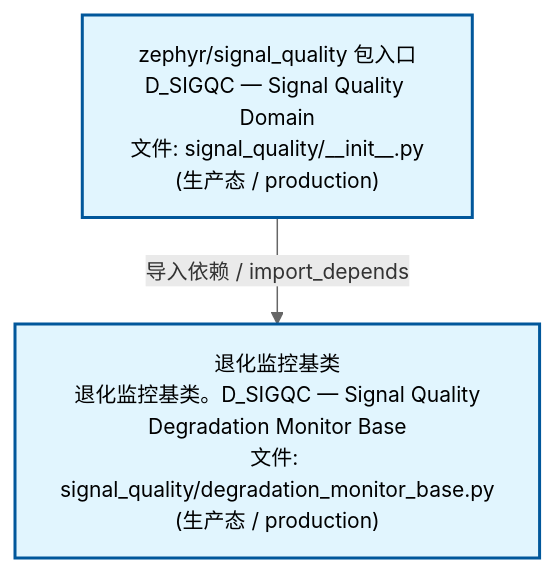
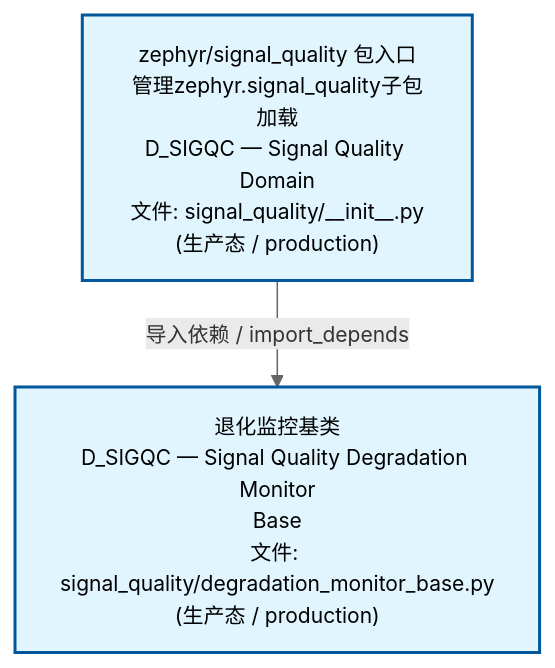
One commit to xuanFelixVan/ZephyrAlpha changed the second of 3 diagrams in docs/02_enterprise_architecture/02_domain_architecture_docs/69_d_sigqc.md. Above: the diagram before and after it, drawn with Mermaid. The commit also changed other lines of this file and 61 other files, not shown here.

````diff
--- a/docs/02_enterprise_architecture/02_domain_architecture_docs/69_d_sigqc.md
+++ b/docs/02_enterprise_architecture/02_domain_architecture_docs/69_d_sigqc.md
@@ -75,12 +75,12 @@
 ```mermaid
 %%{init: {'theme': 'base', 'themeVariables': {'primaryColor': '#eaeaea', 'primaryTextColor': '#333333', 'primaryBorderColor': '#666666', 'lineColor': '#666666', 'secondaryColor': '#eaeaea', 'tertiaryColor': '#eaeaea', 'fontSize': '14px'}}}%%
 flowchart TD
-    src_zephyr_signal_quality_init_py["zephyr/signal_quality 包入口<br/>D_SIGQC — Signal Quality Domain<br/>文件: signal_quality/__init__.py<br/>(生产态 / production)"]
-    src_zephyr_signal_quality_degradation_monitor_base_py["退化监控基类<br/>退化监控基类。D_SIGQC — Signal Quality<br/>Degradation Monitor Base<br/>文件: signal_quality/degradation_monitor_base.py<br/>(生产态 / production)"]
+    src_zephyr_signal_quality_init_py["zephyr/signal_quality 包入口<br/>管理zephyr.signal_quality子包加载<br/>D_SIGQC — Signal Quality Domain<br/>文件: signal_quality/__init__.py<br/>(生产态 / production)"]
+    src_zephyr_signal_quality_degradation_monitor_base_py["退化监控基类<br/>D_SIGQC — Signal Quality Degradation Monitor<br/>Base<br/>文件: signal_quality/degradation_monitor_base.py<br/>(生产态 / production)"]
     src_zephyr_signal_quality_init_py -->|导入依赖 / import_depends| src_zephyr_signal_quality_degradation_monitor_base_py
     classDef production fill:#e1f5fe,stroke:#01579b,stroke-width:2px,color:#000
     classDef design fill:#fff3e0,stroke:#e65100,stroke-width:2px,color:#000,stroke-dasharray: 5 5
     classDef external_prod fill:#e8f4fd,stroke:#0277bd,stroke-width:1px,color:#000
     classDef external_design fill:#fff8e7,stroke:#ef6c00,stroke-width:1px,color:#000,stroke-dasharray: 5 5
     class src_zephyr_signal_quality_init_py,src_zephyr_signal_quality_degradation_monitor_base_py production
 ```
````
